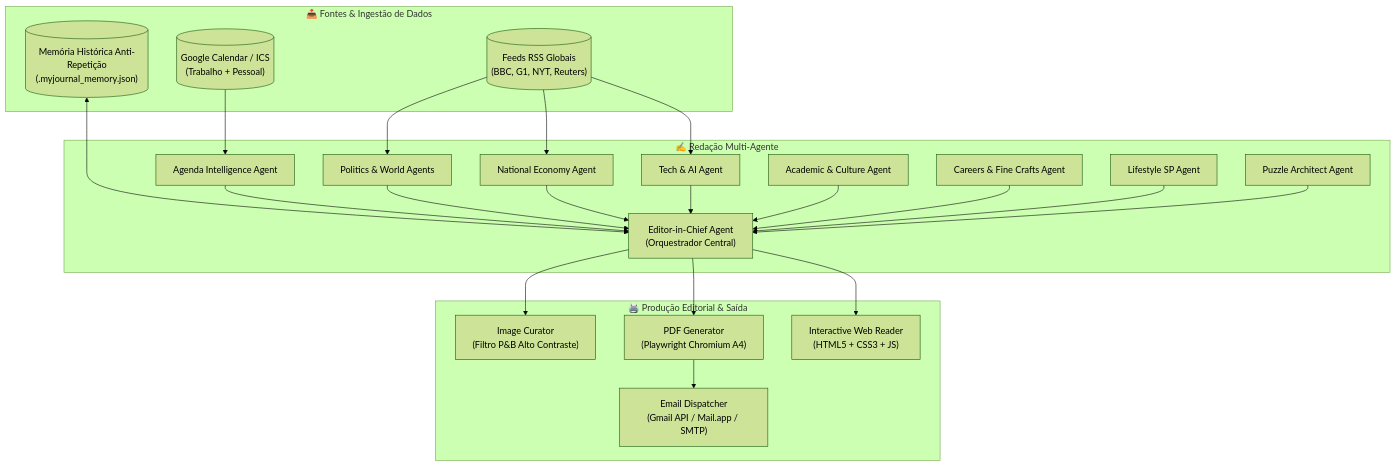
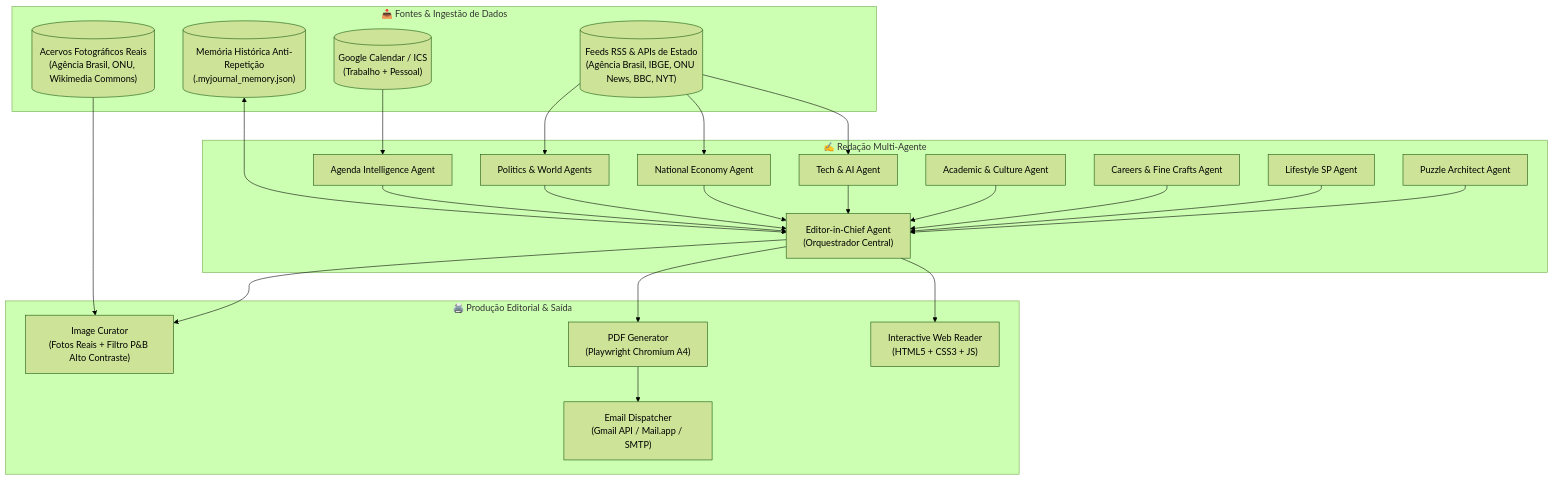
One commit to Helfstein-one/myjournal-ai changed the first of 2 diagrams in README.md. Above: the diagram before and after it, drawn with Mermaid (forest theme). The commit also changed other lines of this file and 29 other files, not shown here.

Commit message:
feat(editorial): v2.1.0 expand official facts briefing (EBC, IBGE, UN News) and integrate authentic documentary photography

````diff
--- a/README.md
+++ b/README.md
@@ -67,47 +85,49 @@
 ```mermaid
 flowchart TD
     subgraph Ingestão ["📥 Fontes & Ingestão de Dados"]
         GC[("Google Calendar / ICS<br>(Trabalho + Pessoal)")]
-        RSS[("Feeds RSS Globais<br>(BBC, G1, NYT, Reuters)")]
+        RSS[("Feeds RSS & APIs de Estado<br>(Agência Brasil, IBGE, ONU News, BBC, NYT)")]
+        FOTO[("Acervos Fotográficos Reais<br>(Agência Brasil, ONU, Wikimedia Commons)")]
         MEM[("Memória Histórica Anti-Repetição<br>(.myjournal_memory.json)")]
     end
 
     subgraph Redação ["✍️ Redação Multi-Agente"]
         ED["Editor-in-Chief Agent<br>(Orquestrador Central)"]
         AG["Agenda Intelligence Agent"]
         POL["Politics & World Agents"]
         ECO["National Economy Agent"]
         TECH["Tech & AI Agent"]
         CUL["Academic & Culture Agent"]
         CRAFT["Careers & Fine Crafts Agent"]
         SP["Lifestyle SP Agent"]
         PUZ["Puzzle Architect Agent"]
     end
 
     subgraph Produção ["🖨️ Produção Editorial & Saída"]
-        IMG["Image Curator<br>(Filtro P&B Alto Contraste)"]
+        IMG["Image Curator<br>(Fotos Reais + Filtro P&B Alto Contraste)"]
         PDF["PDF Generator<br>(Playwright Chromium A4)"]
         WEB["Interactive Web Reader<br>(HTML5 + CSS3 + JS)"]
         MAIL["Email Dispatcher<br>(Gmail API / Mail.app / SMTP)"]
     end
 
     GC --> AG
     RSS --> POL
     RSS --> ECO
     RSS --> TECH
+    FOTO --> IMG
     MEM <--> ED
 
     AG --> ED
     POL --> ED
     ECO --> ED
     TECH --> ED
     CUL --> ED
     CRAFT --> ED
     SP --> ED
     PUZ --> ED
 
     ED --> IMG
     ED --> PDF
     ED --> WEB
     PDF --> MAIL
 ```
````
